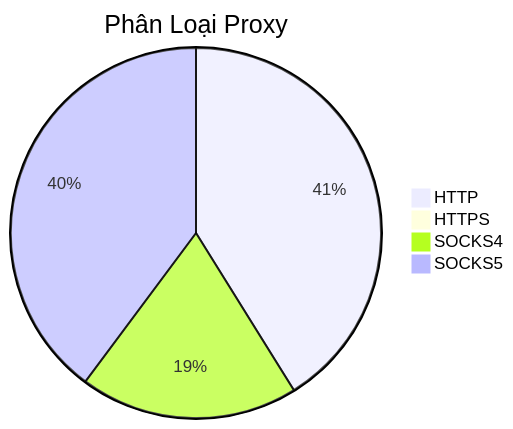
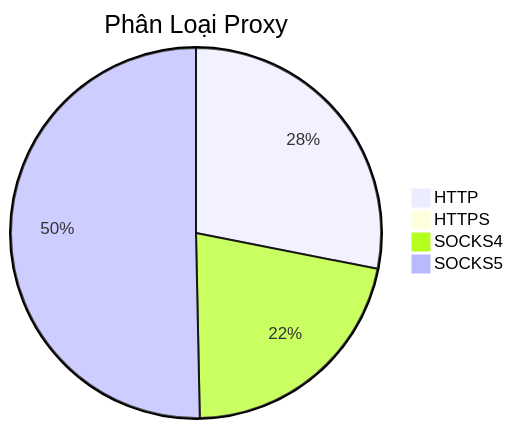
Before and after one commit to Ciara-12/PROXY-free: the diagram in README.md, drawn with Mermaid. The commit also changed other lines of this file and 3 other files, not shown here.

````diff
--- a/README.md
+++ b/README.md
@@ -26,7 +26,7 @@
 ```mermaid
 pie title Phân Loại Proxy
-    "HTTP" : 1302
+    "HTTP" : 727
     "HTTPS" : 0
-    "SOCKS4" : 603
-    "SOCKS5" : 1260
+    "SOCKS4" : 558
+    "SOCKS5" : 1302
 ```
````
